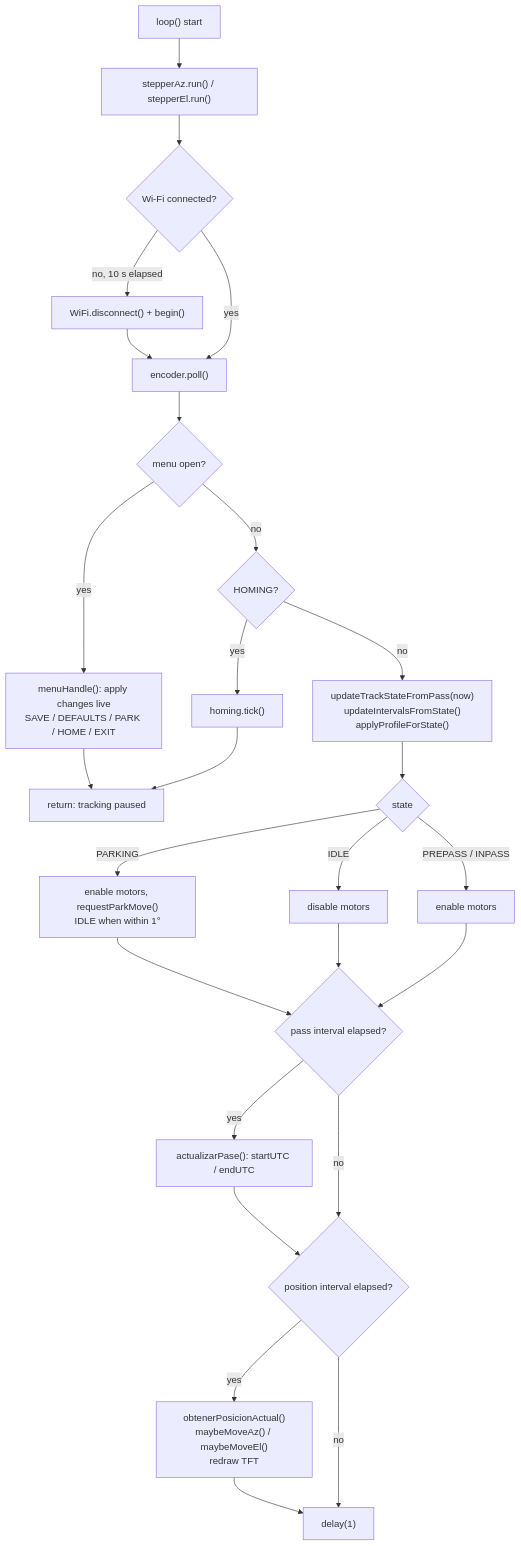
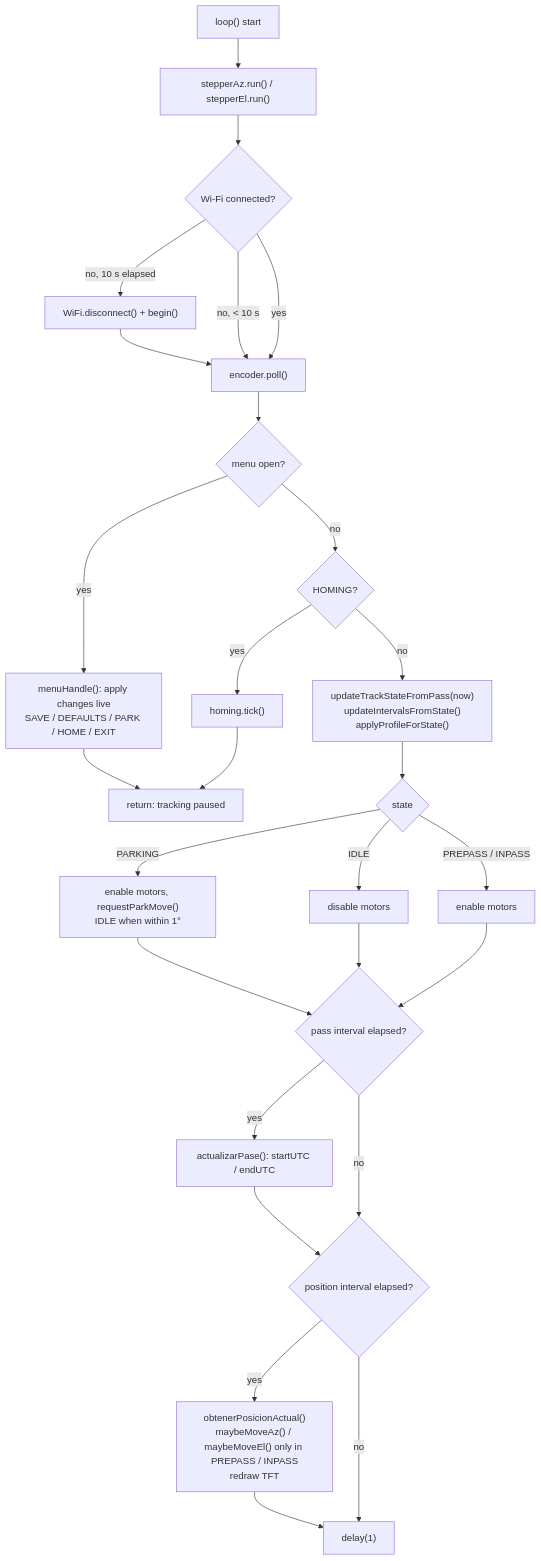
Before and after one commit to rodrisan/ardusat-tracker: the second of 3 diagrams in docs/SATELLITE_TRACKER_GUIDE.md, drawn with Mermaid. The commit also changed other lines of this file and 8 other files, not shown here.

````diff
--- a/docs/SATELLITE_TRACKER_GUIDE.md
+++ b/docs/SATELLITE_TRACKER_GUIDE.md
@@ -467,21 +476,22 @@
 ```mermaid
 flowchart TD
     A["loop() start"] --> B["stepperAz.run() / stepperEl.run()"]
     B --> C{"Wi-Fi connected?"}
     C -- "no, 10 s elapsed" --> C1["WiFi.disconnect() + begin()"] --> D
+    C -- "no, < 10 s" --> D
     C -- yes --> D["encoder.poll()"]
     D --> E{"menu open?"}
     E -- yes --> E1["menuHandle(): apply changes live<br/>SAVE / DEFAULTS / PARK / HOME / EXIT"] --> Z["return: tracking paused"]
     E -- no --> F{"HOMING?"}
     F -- yes --> F1["homing.tick()"] --> Z
     F -- no --> G["updateTrackStateFromPass(now)<br/>updateIntervalsFromState()<br/>applyProfileForState()"]
     G --> H{"state"}
     H -- PARKING --> H1["enable motors, requestParkMove()<br/>IDLE when within 1°"]
     H -- IDLE --> H2["disable motors"]
     H -- "PREPASS / INPASS" --> H3["enable motors"]
     H1 & H2 & H3 --> I{"pass interval elapsed?"}
     I -- yes --> I1["actualizarPase(): startUTC / endUTC"] --> J
     I -- no --> J{"position interval elapsed?"}
-    J -- yes --> J1["obtenerPosicionActual()<br/>maybeMoveAz() / maybeMoveEl()<br/>redraw TFT"] --> K["delay(1)"]
+    J -- yes --> J1["obtenerPosicionActual()<br/>maybeMoveAz() / maybeMoveEl() only in PREPASS / INPASS<br/>redraw TFT"] --> K["delay(1)"]
     J -- no --> K
 ```
````
